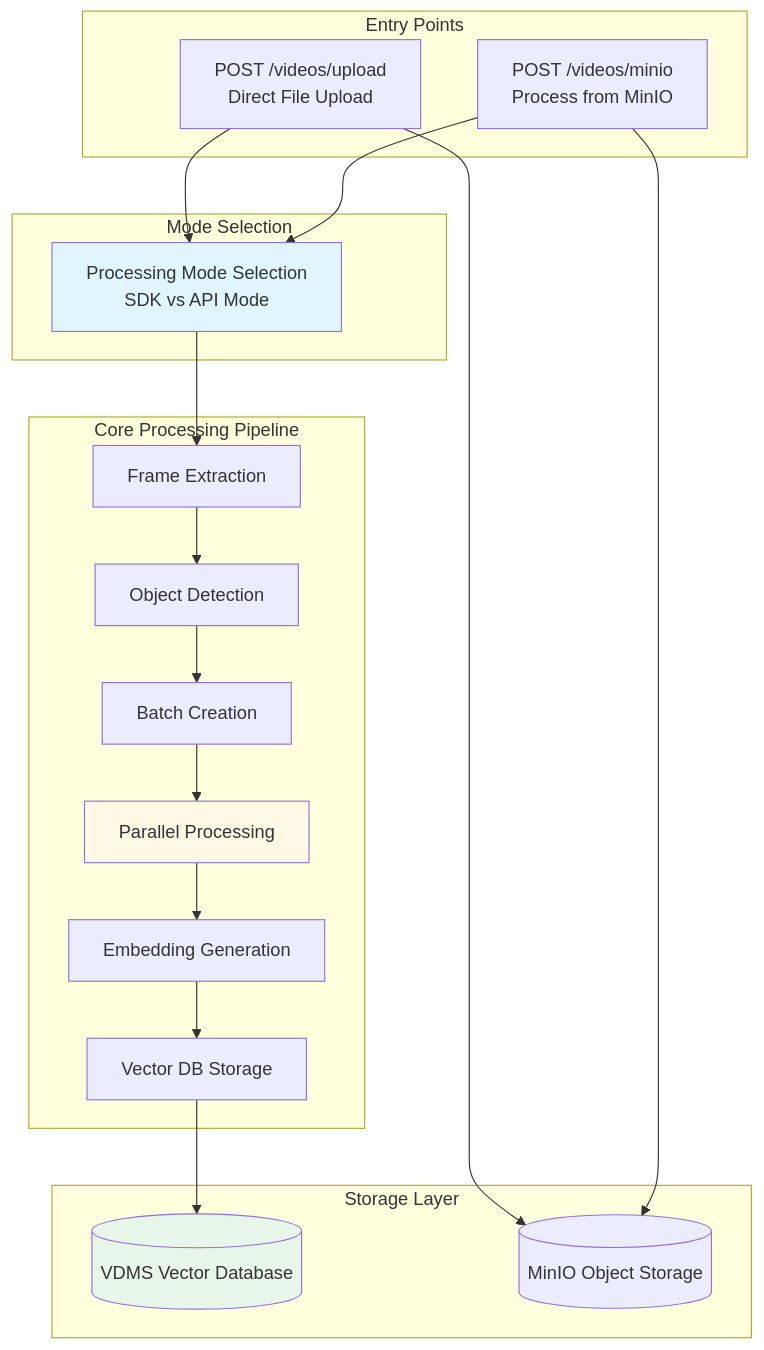
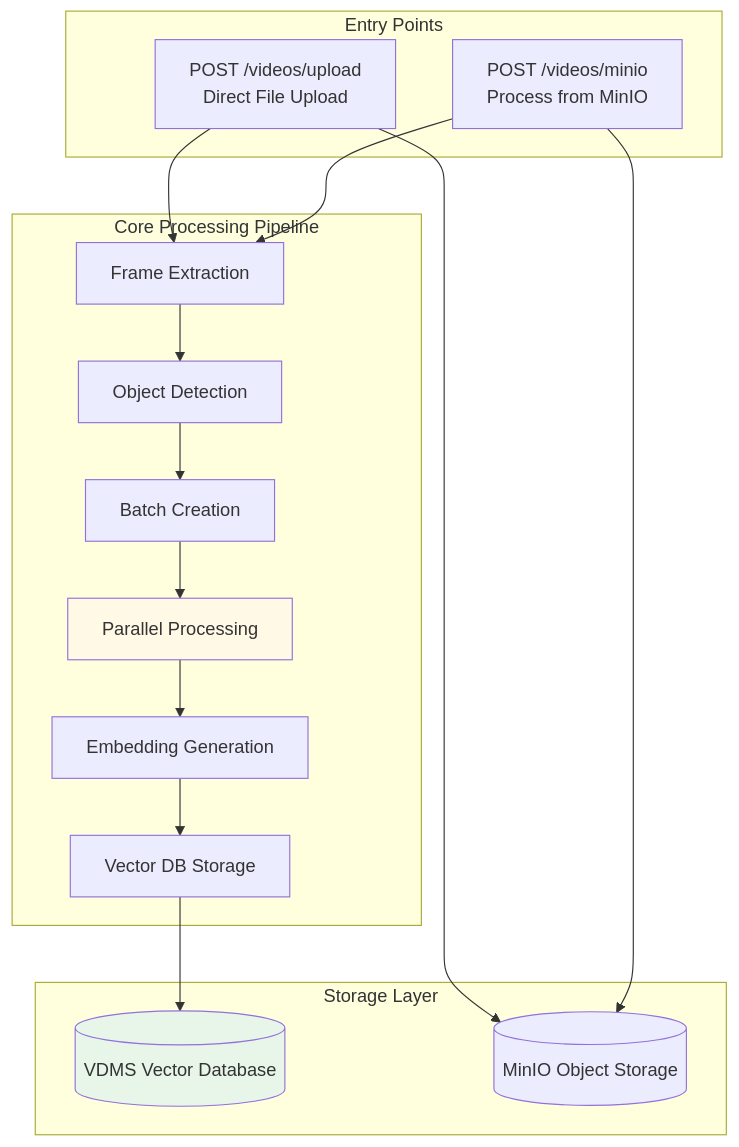
Before and after one commit to open-edge-platform/edge-ai-libraries: the first of 9 diagrams in microservices/visual-data-preparation-for-retrieval/multimodal-dataprep/docs/user-guide/video-ingestion-flow.md, drawn with Mermaid. The commit also changed other lines of this file and 36 other files, not shown here.

````diff
--- a/microservices/visual-data-preparation-for-retrieval/multimodal-dataprep/docs/user-guide/video-ingestion-flow.md
+++ b/microservices/visual-data-preparation-for-retrieval/multimodal-dataprep/docs/user-guide/video-ingestion-flow.md
@@ -11,41 +11,35 @@
 ```mermaid
 graph TB
     subgraph "Entry Points"
         A1[POST /videos/upload<br/>Direct File Upload]
         A2[POST /videos/minio<br/>Process from MinIO]
     end
-    
-    subgraph "Mode Selection"
-        B[Processing Mode Selection<br/>SDK vs API Mode]
-    end
-    
+
     subgraph "Core Processing Pipeline"
         C[Frame Extraction]
         D[Object Detection]
         E[Batch Creation]
         F[Parallel Processing]
         G[Embedding Generation]
         H[Vector DB Storage]
     end
-    
+
     subgraph "Storage Layer"
         I[(VDMS Vector Database)]
         J[(MinIO Object Storage)]
     end
-    
+
     A1 --> J
-    A1 --> B
+    A1 --> C
     A2 --> J
-    A2 --> B
-    B --> C
+    A2 --> C
     C --> D
     D --> E
     E --> F
     F --> G
     G --> H
     H --> I
-    
-    style B fill:#e1f5ff
+
     style F fill:#fff9e6
     style I fill:#e8f5e9
 ```
````
